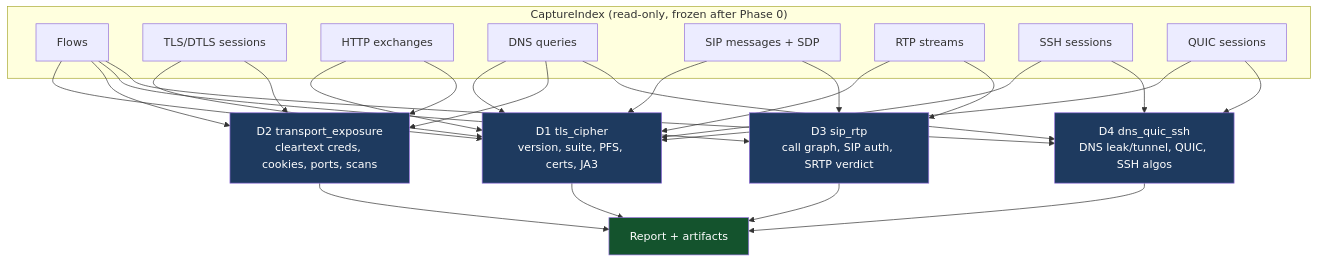
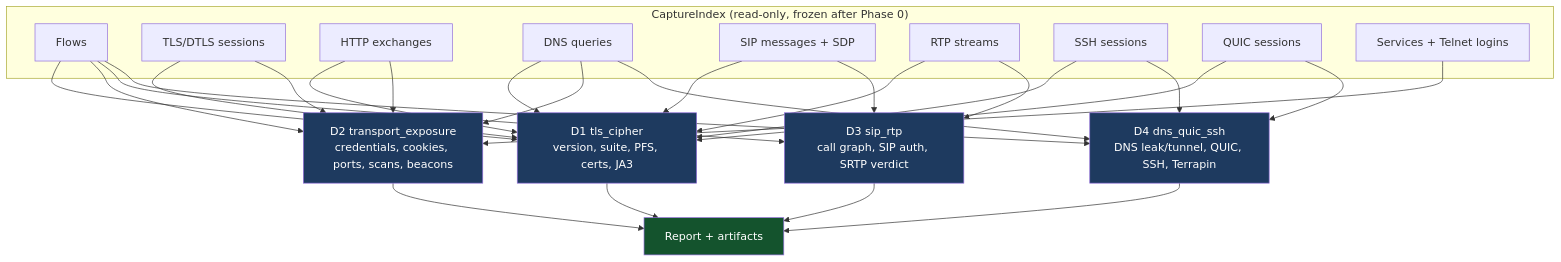
The second of 4 diagrams in README.md (Vaibhav91one/pcap-forensics), drawn with Mermaid before and after one commit. The commit also changed other lines of this file and 5 other files, not shown here.

````diff
--- a/README.md
+++ b/README.md
@@ -143,27 +194,28 @@
 ```mermaid
 graph TB
   subgraph index["CaptureIndex (read-only, frozen after Phase 0)"]
     flows[Flows]
     tls[TLS/DTLS sessions]
     http[HTTP exchanges]
     dns[DNS queries]
     sip[SIP messages + SDP]
     rtp[RTP streams]
     ssh[SSH sessions]
     quic[QUIC sessions]
+    svc[Services + Telnet logins]
   end
   d1["D1 tls_cipher<br/>version, suite, PFS, certs, JA3"]
-  d2["D2 transport_exposure<br/>cleartext creds, cookies, ports, scans"]
+  d2["D2 transport_exposure<br/>credentials, cookies, ports, scans, beacons"]
   d3["D3 sip_rtp<br/>call graph, SIP auth, SRTP verdict"]
-  d4["D4 dns_quic_ssh<br/>DNS leak/tunnel, QUIC, SSH algos"]
+  d4["D4 dns_quic_ssh<br/>DNS leak/tunnel, QUIC, SSH, Terrapin"]
   flows & tls & http & dns & sip & rtp & ssh & quic --> d1
-  flows & tls & http & dns --> d2
+  flows & tls & http & dns & svc --> d2
   flows & sip & rtp --> d3
   flows & dns & quic & ssh --> d4
   d1 & d2 & d3 & d4 --> rep["Report + artifacts"]
   style d1 fill:#1e3a5f,color:#fff
   style d2 fill:#1e3a5f,color:#fff
   style d3 fill:#1e3a5f,color:#fff
   style d4 fill:#1e3a5f,color:#fff
   style rep fill:#14532d,color:#fff
 ```
````
